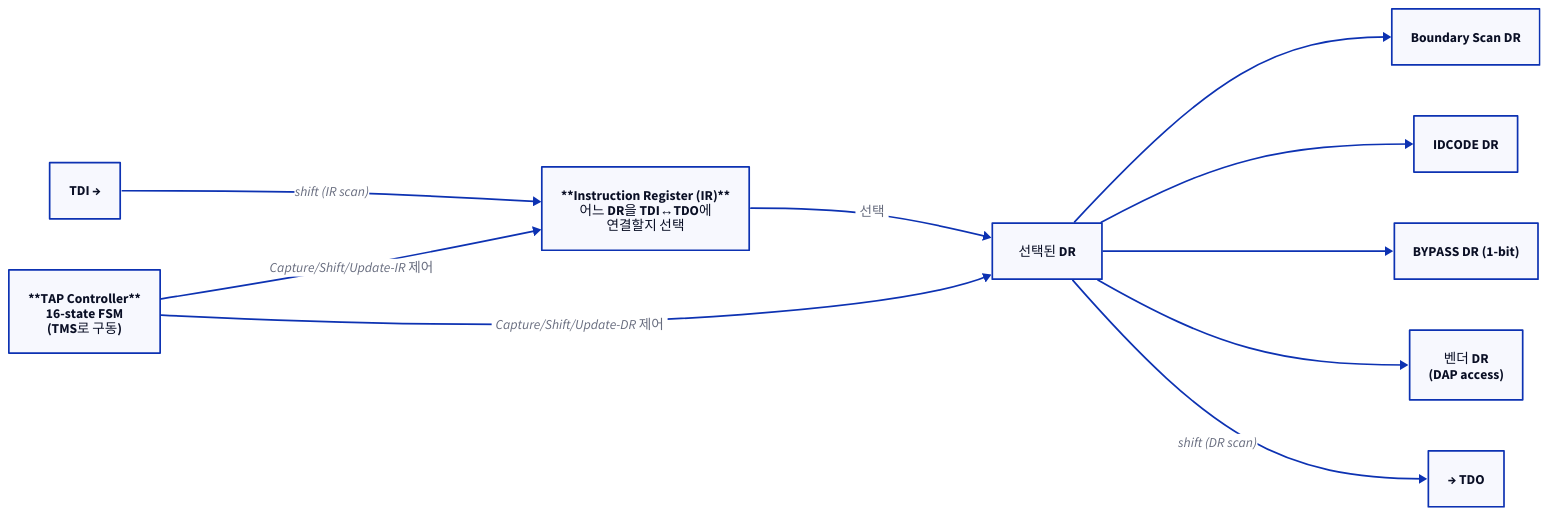
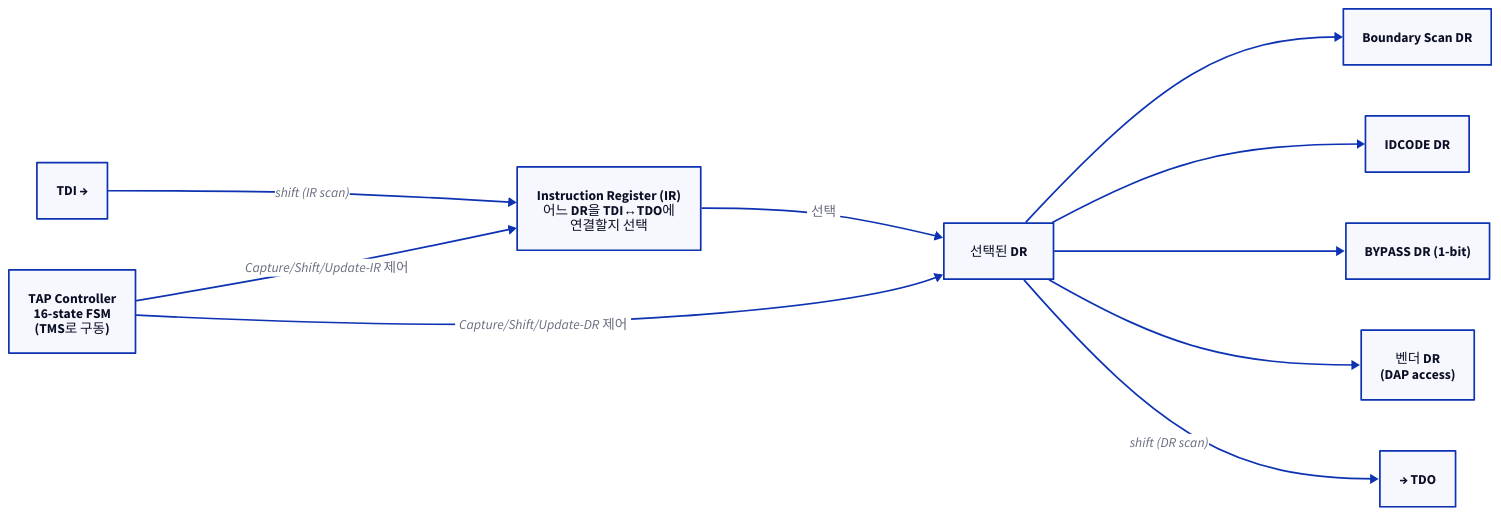
One commit to humbleowl39/DV_SKOOL changed the first of 5 diagrams in starlight_site/src/content/docs/dfd/02_jtag_boundary_scan.md. Above: the diagram before and after it, drawn with D2. The commit also changed other lines of this file and 714 other files, not shown here.

First line of the commit message:
fix(site): d2 다이어그램 가독성 결함 6종 일괄 수정

````diff
--- a/starlight_site/src/content/docs/dfd/02_jtag_boundary_scan.md
+++ b/starlight_site/src/content/docs/dfd/02_jtag_boundary_scan.md
@@ -51,23 +51,23 @@
 ```d2
 direction: right
 
 TDI: "TDI →"
-IR: "**Instruction Register (IR)**\n어느 DR을 TDI↔TDO에\n연결할지 선택"
+IR: "Instruction Register (IR)\n어느 DR을 TDI↔TDO에\n연결할지 선택"
 MUX: "선택된 DR"
 BS: "Boundary Scan DR"
 ID: "IDCODE DR"
 BY: "BYPASS DR (1-bit)"
 DAP: "벤더 DR\n(DAP access)"
 TDO: "→ TDO"
-TAP: "**TAP Controller**\n16-state FSM\n(TMS로 구동)"
+TAP: "TAP Controller\n16-state FSM\n(TMS로 구동)"
 
 TDI -> IR: "shift (IR scan)"
 IR -> MUX: "선택"
 MUX -> BS
 MUX -> ID
 MUX -> BY
 MUX -> DAP
 MUX -> TDO: "shift (DR scan)"
 TAP -> IR: "Capture/Shift/Update-IR 제어"
 TAP -> MUX: "Capture/Shift/Update-DR 제어"
 ```
````
